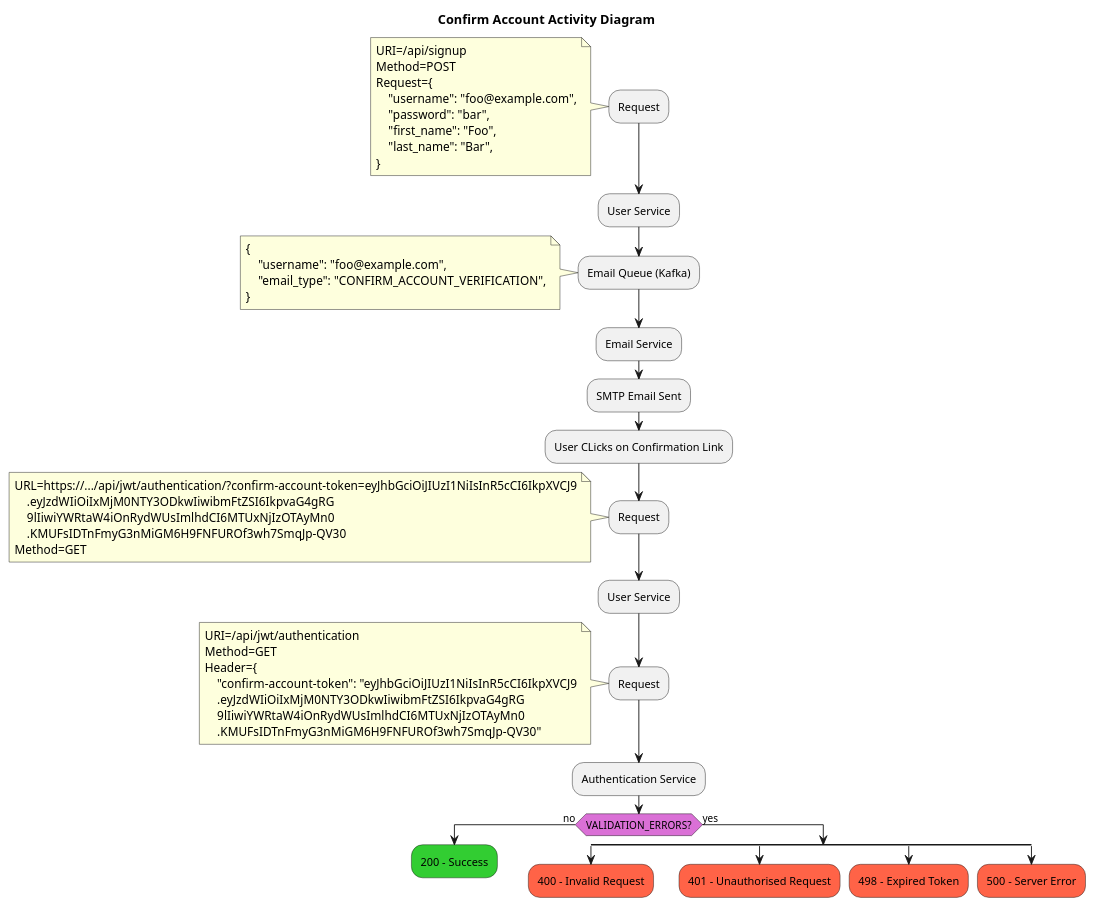
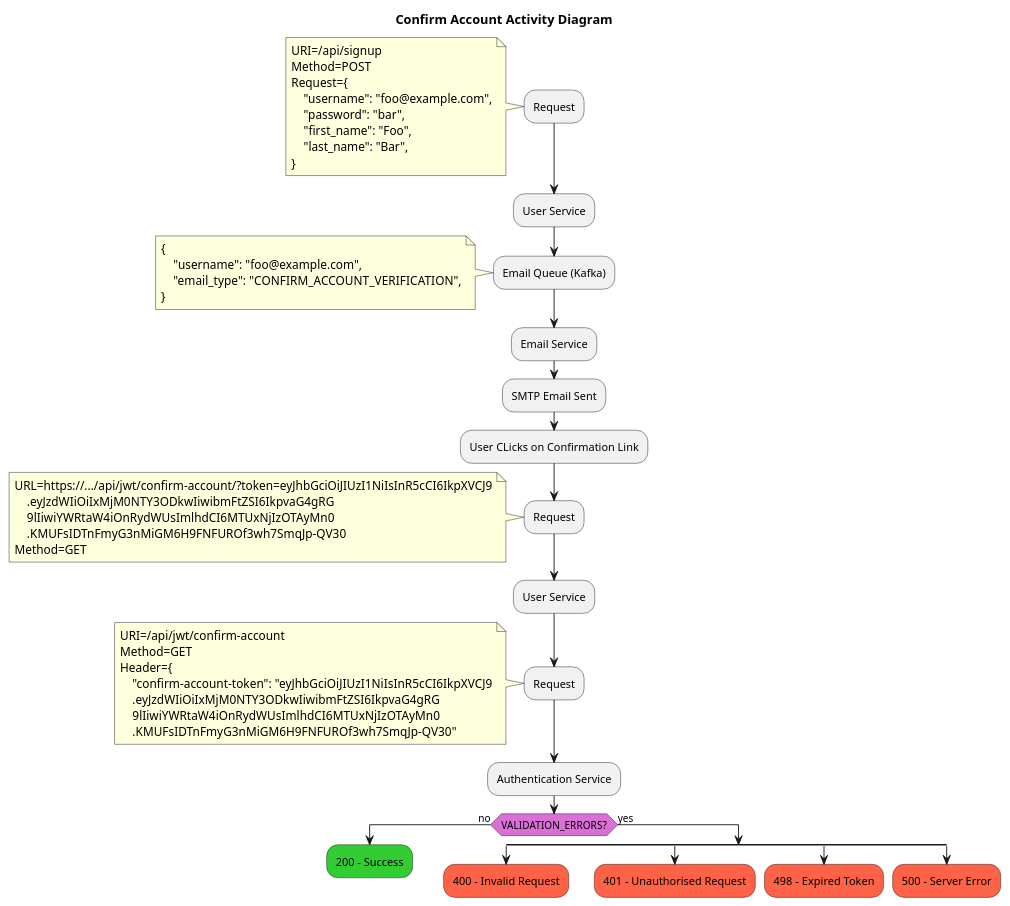
Before and after one commit to darrylmorton/ct-iot-user-service-k8s: the diagram in docs/diagrams/routes/Confirm_Account_Activity_Diagram.puml, drawn with PlantUML. The commit also changed 8 other files, not shown here.

```diff
--- a/docs/diagrams/routes/Confirm_Account_Activity_Diagram.puml
+++ b/docs/diagrams/routes/Confirm_Account_Activity_Diagram.puml
@@ -1,77 +1,77 @@
 @startuml
 'https://plantuml.com/activity-diagram-beta
 
 title Confirm Account Activity Diagram
 
 :Request;
 note
 URI=/api/signup
 Method=POST
 Request={
     "username": "foo@example.com",
     "password": "bar",
     "first_name": "Foo",
     "last_name": "Bar",
 }
 end note
 
 :User Service;
 
 :Email Queue (Kafka);
 note
 {
     "username": "foo@example.com",
     "email_type": "CONFIRM_ACCOUNT_VERIFICATION",
 }
 end note
 
 :Email Service;
 
 :SMTP Email Sent;
 
 :User CLicks on Confirmation Link;
 
 :Request;
 note
-URL=https://.../api/jwt/authentication/?confirm-account-token=eyJhbGciOiJIUzI1NiIsInR5cCI6IkpXVCJ9
+URL=https://.../api/jwt/confirm-account/?token=eyJhbGciOiJIUzI1NiIsInR5cCI6IkpXVCJ9
     .eyJzdWIiOiIxMjM0NTY3ODkwIiwibmFtZSI6IkpvaG4gRG
     9lIiwiYWRtaW4iOnRydWUsImlhdCI6MTUxNjIzOTAyMn0
     .KMUFsIDTnFmyG3nMiGM6H9FNFUROf3wh7SmqJp-QV30
 Method=GET
 end note
 
 :User Service;
 
 :Request;
 note
-URI=/api/jwt/authentication
+URI=/api/jwt/confirm-account
 Method=GET
 Header={
     "confirm-account-token": "eyJhbGciOiJIUzI1NiIsInR5cCI6IkpXVCJ9
     .eyJzdWIiOiIxMjM0NTY3ODkwIiwibmFtZSI6IkpvaG4gRG
     9lIiwiYWRtaW4iOnRydWUsImlhdCI6MTUxNjIzOTAyMn0
     .KMUFsIDTnFmyG3nMiGM6H9FNFUROf3wh7SmqJp-QV30"
 end note
 
 :Authentication Service;
 skinparam ActivityDiamondBackgroundColor orchid
 if (VALIDATION_ERRORS?) then (no)
     #limegreen:200 - Success;
     kill;
 else (yes)
     split
         #tomato:400 - Invalid Request;
         kill;
     split again
         #tomato:401 - Unauthorised Request;
         kill;
     split again
         #tomato:498 - Expired Token;
         kill;
     split again
         #tomato:500 - Server Error;
         kill;
     end split
 endif
 
 @enduml
```
